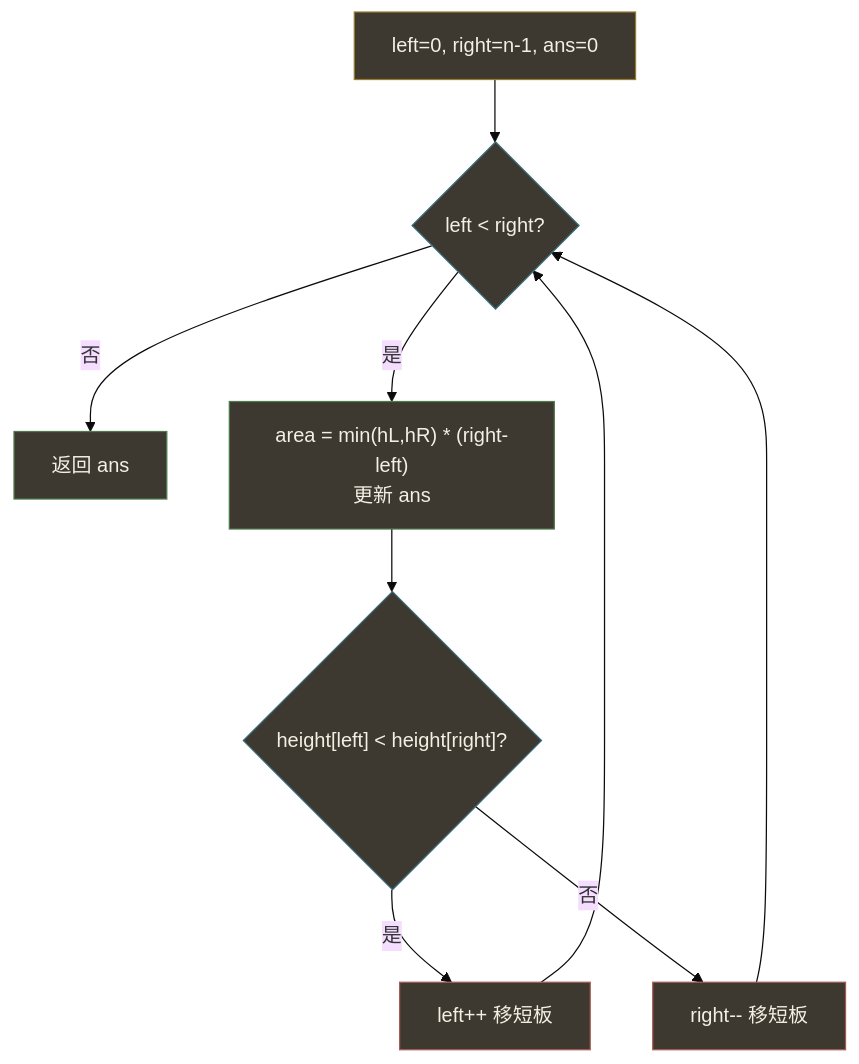
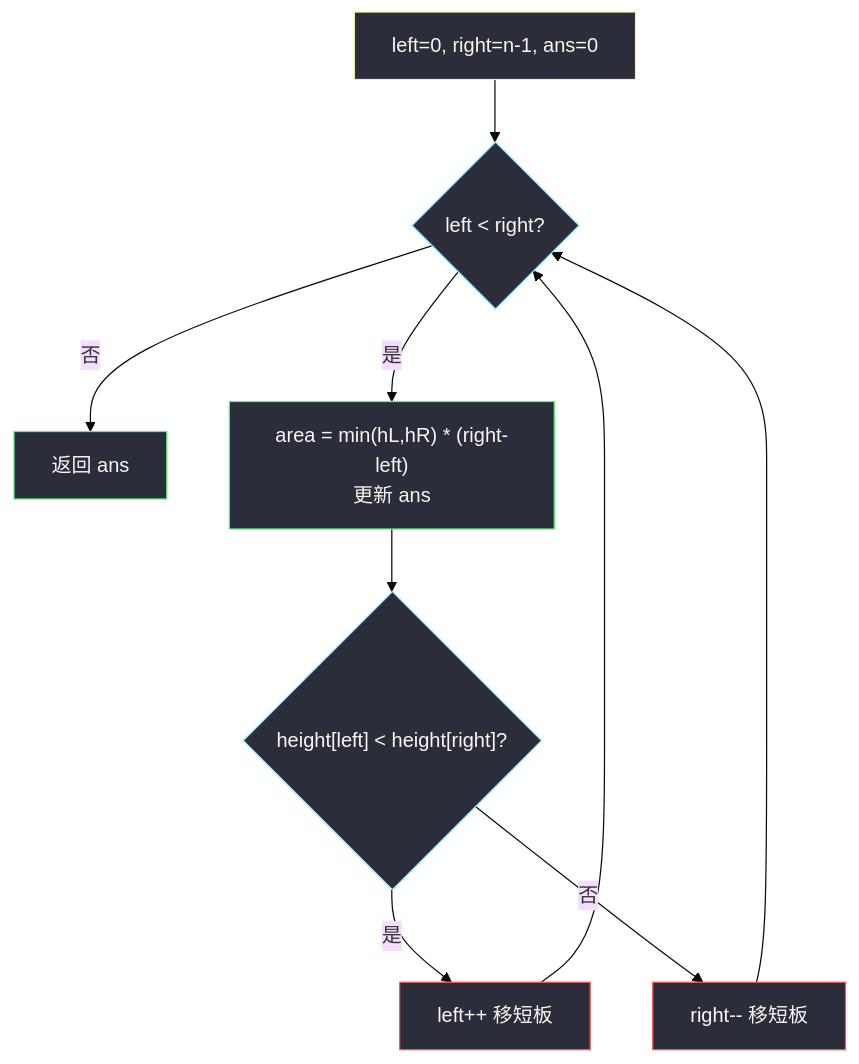
One commit to socoo123/algorithm_pratices_web changed the first of 3 diagrams in solutions/base/container-with-most-water.md. Above: the diagram before and after it, drawn with Mermaid (base theme). The commit also changed other lines of this file and 10 other files, not shown here.

First line of the commit message:
Fix Mermaid contrast on parchment theme and add #438 solution.

````diff
--- a/solutions/base/container-with-most-water.md
+++ b/solutions/base/container-with-most-water.md
@@ -105,19 +105,19 @@
 ```mermaid
 flowchart TD
     A["left=0, right=n-1, ans=0"] --> B{"left < right?"}
     B -->|"否"| Z["返回 ans"]
     B -->|"是"| C["area = min(hL,hR) * (right-left)<br/>更新 ans"]
     C --> D{"height[left] < height[right]?"}
     D -->|"是"| E["left++  移短板"]
     D -->|"否"| F["right-- 移短板"]
     E --> B
     F --> B
 
-    style A fill:#3d3830,stroke:#9a7b2e,color:#f4efe4
-    style B fill:#3d3830,stroke:#3a6b7c,color:#f4efe4
-    style C fill:#3d3830,stroke:#4f7a4e,color:#f4efe4
-    style D fill:#3d3830,stroke:#3a6b7c,color:#f4efe4
-    style E fill:#3d3830,stroke:#a85a52,color:#f4efe4
-    style F fill:#3d3830,stroke:#a85a52,color:#f4efe4
-    style Z fill:#3d3830,stroke:#4f7a4e,color:#f4efe4
+    style A fill:#2b2d3a,stroke:#f1fa8c,color:#f8f8f2
+    style B fill:#2b2d3a,stroke:#8be9fd,color:#f8f8f2
+    style C fill:#2b2d3a,stroke:#50fa7b,color:#f8f8f2
+    style D fill:#2b2d3a,stroke:#8be9fd,color:#f8f8f2
+    style E fill:#2b2d3a,stroke:#ff5555,color:#f8f8f2
+    style F fill:#2b2d3a,stroke:#ff5555,color:#f8f8f2
+    style Z fill:#2b2d3a,stroke:#50fa7b,color:#f8f8f2
 ```
````
